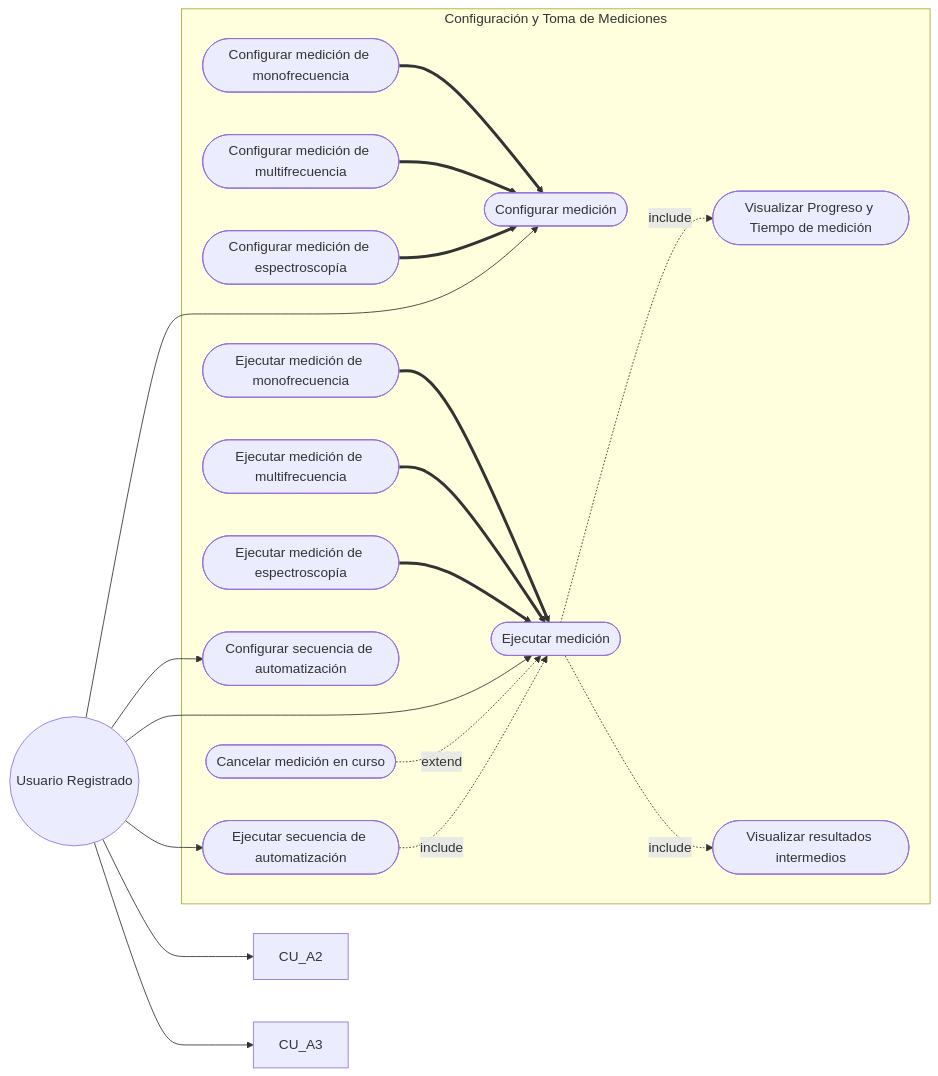
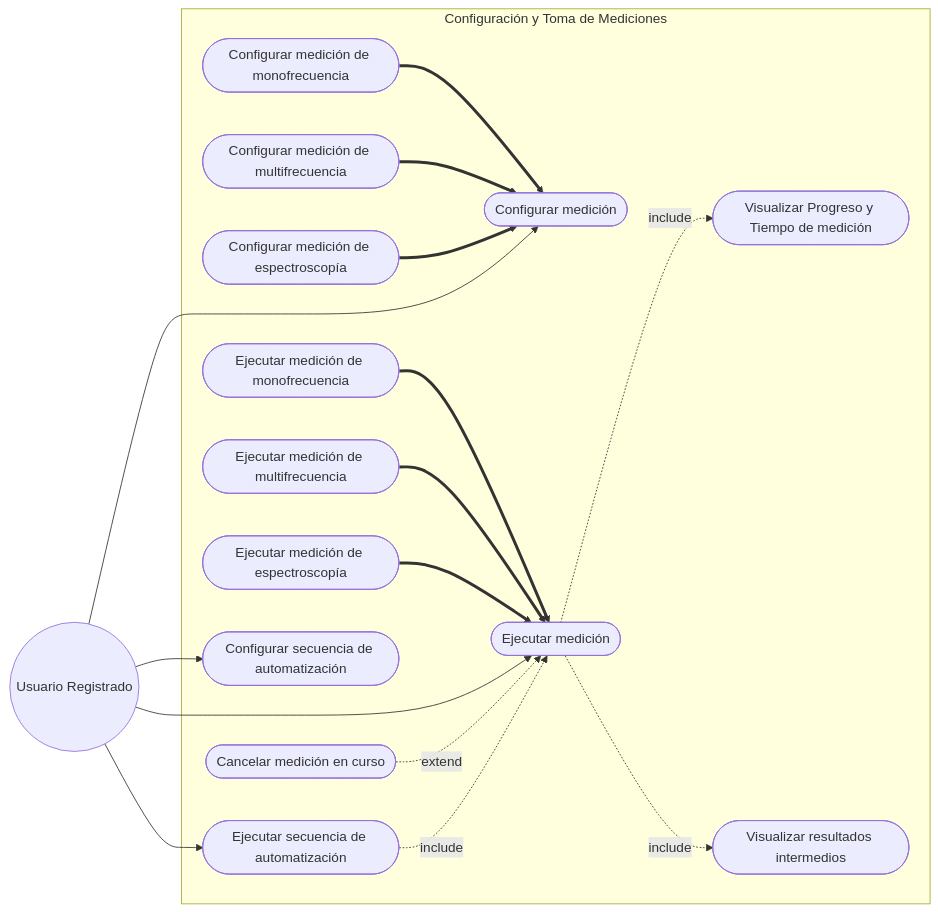
Before and after one commit to alegrelias/Repo-GMini: the third of 7 diagrams in Gmini-MarkDown/Diagramas/Diagramas de CU.md, drawn with Mermaid.

````diff
--- a/Gmini-MarkDown/Diagramas/Diagramas de CU.md
+++ b/Gmini-MarkDown/Diagramas/Diagramas de CU.md
@@ -57,45 +57,43 @@
 ```mermaid
 flowchart LR
 %% Actores
 Usuario((Usuario Registrado))
 
 subgraph Configuración y Toma de Mediciones
 	CU7([Configurar medición])
 	CU8([Configurar medición de monofrecuencia])
 	CU9([Configurar medición de multifrecuencia])
 	CU10([Configurar medición de espectroscopía])
 	CU11([Ejecutar medición])
 	CU12([Ejecutar medición de monofrecuencia])
 	CU13([Ejecutar medición de multifrecuencia])
 	CU14([Ejecutar medición de espectroscopía])
 	CU15([Visualizar Progreso y Tiempo de medición])
 	CU19([Visualizar resultados intermedios])
 	CU_D2([Cancelar medición en curso])
 
 	%% Casos de Uso de Automatización incorporados
 	CU_A1([Configurar secuencia de automatización])
 	CU_A4([Ejecutar secuencia de automatización])
 end
 
 %% Generalización
 CU8 ==> CU7
 CU9 ==> CU7
 CU10 ==> CU7
 CU12 ==> CU11
 CU13 ==> CU11
 CU14 ==> CU11
 
 %% Asociaciones
 Usuario --> CU7
 Usuario --> CU11
 Usuario --> CU_A1
-Usuario --> CU_A2
-Usuario --> CU_A3
 Usuario --> CU_A4
 
 %% Relaciones Include/Extend
 CU11 -.include.-> CU15
 CU11 -.include.-> CU19
 CU_D2 -.extend.-> CU11
 CU_A4 -.include.-> CU11
 ```
````
